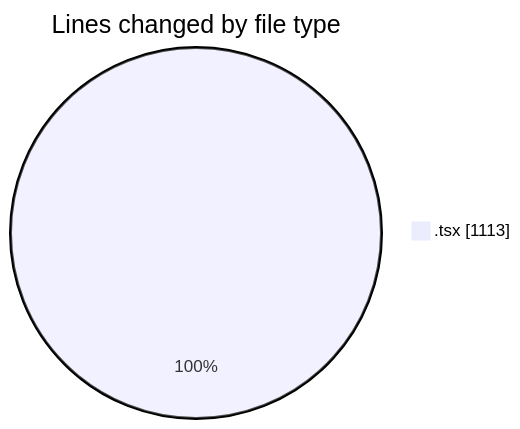
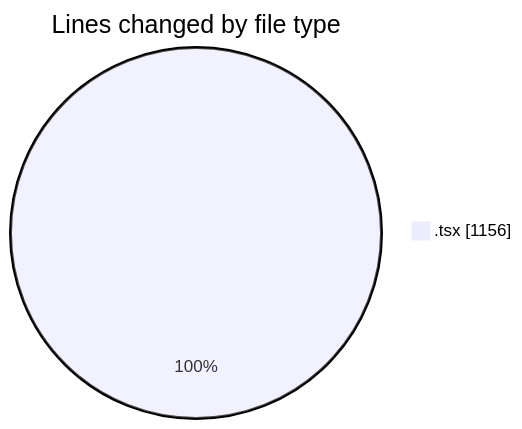
Before and after one commit to nxtqubesakshisongat/code-tracking: the first of 2 diagrams in 2026-02-02/nxtqube_webapp/README.md, drawn with Mermaid. The commit also changed other lines of this file and 1 other file, not shown here.

````diff
--- a/2026-02-02/nxtqube_webapp/README.md
+++ b/2026-02-02/nxtqube_webapp/README.md
@@ -22,5 +23,5 @@
 ```mermaid
 pie showData
 title Lines changed by file type
-".tsx" : 1113
+".tsx" : 1156
 ```
````
